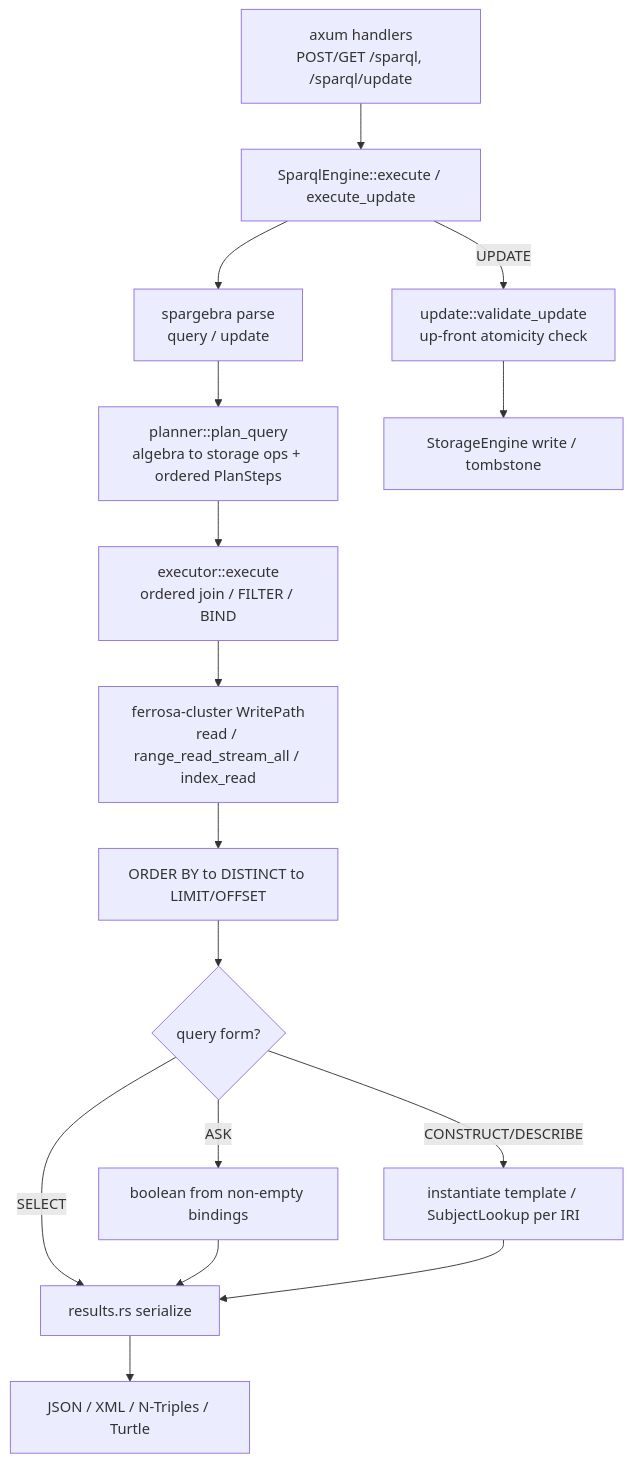
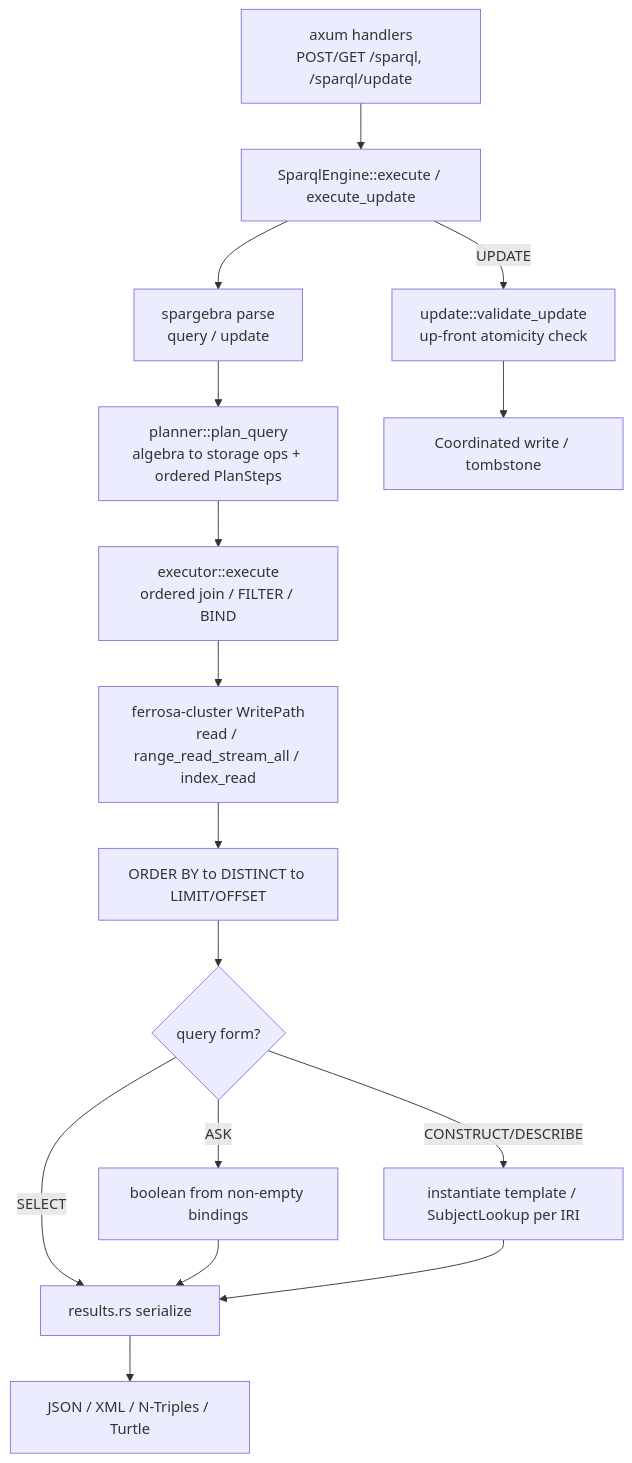
The diagram in ferrosa-sparql/specs/overview.md (ferrosadb/ferrosa), drawn with Mermaid before and after one commit. The commit also changed other lines of this file and 64 other files, not shown here.

````diff
--- a/ferrosa-sparql/specs/overview.md
+++ b/ferrosa-sparql/specs/overview.md
@@ -61,18 +61,18 @@
 ```mermaid
 flowchart TD
     HTTP["axum handlers<br/>POST/GET /sparql, /sparql/update"] --> ENG["SparqlEngine::execute / execute_update"]
     ENG --> PARSE["spargebra parse<br/>query / update"]
     PARSE --> PLAN["planner::plan_query<br/>algebra to storage ops + ordered PlanSteps"]
     PLAN --> EXEC["executor::execute<br/>ordered join / FILTER / BIND"]
     EXEC --> WP["ferrosa-cluster WritePath<br/>read / range_read_stream_all / index_read"]
     WP --> POST["ORDER BY to DISTINCT to LIMIT/OFFSET"]
     POST --> SHAPE{"query form?"}
     SHAPE -->|SELECT| SER["results.rs serialize"]
     SHAPE -->|ASK| BOOL["boolean from non-empty bindings"]
     SHAPE -->|CONSTRUCT/DESCRIBE| GRAPH["instantiate template / SubjectLookup per IRI"]
     BOOL --> SER
     GRAPH --> SER
     SER --> RESP["JSON / XML / N-Triples / Turtle"]
     ENG -->|UPDATE| UVAL["update::validate_update<br/>up-front atomicity check"]
-    UVAL --> UWRITE["StorageEngine write / tombstone"]
+    UVAL --> UWRITE["Coordinated write / tombstone"]
 ```
````
